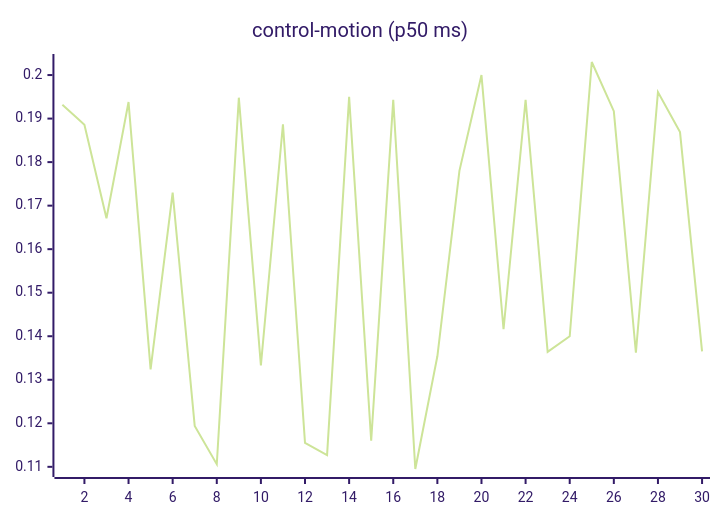
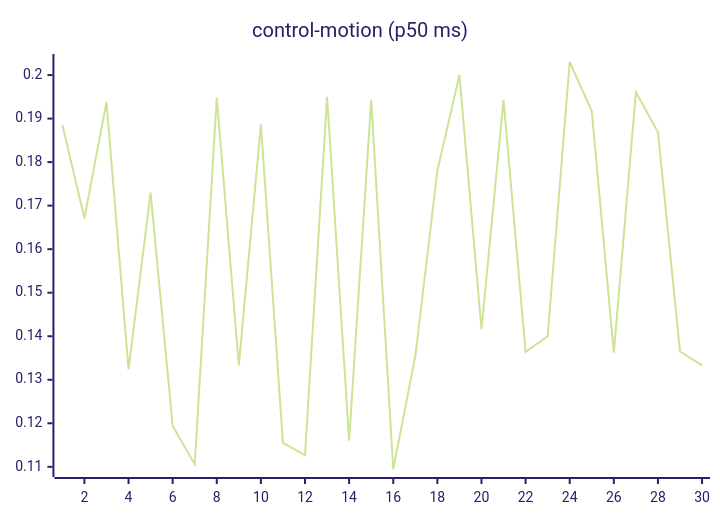
One commit to josha/Facet changed the seventh of 27 diagrams in README.md. Above: the diagram before and after it, drawn with Mermaid (forest theme). The commit also changed other lines of this file and 2 other files, not shown here.

````diff
--- a/README.md
+++ b/README.md
@@ -105,6 +105,6 @@
 ```mermaid
 xychart-beta
     title "control-motion (p50 ms)"
     x-axis 1 --> 30
-    line [0.1932, 0.1886, 0.1671, 0.1938, 0.1324, 0.1730, 0.1194, 0.1106, 0.1948, 0.1333, 0.1887, 0.1155, 0.1127, 0.1950, 0.1160, 0.1943, 0.1095, 0.1354, 0.1780, 0.2000, 0.1416, 0.1943, 0.1364, 0.1400, 0.2030, 0.1917, 0.1362, 0.1961, 0.1869, 0.1365]
+    line [0.1886, 0.1671, 0.1938, 0.1324, 0.1730, 0.1194, 0.1106, 0.1948, 0.1333, 0.1887, 0.1155, 0.1127, 0.1950, 0.1160, 0.1943, 0.1095, 0.1354, 0.1780, 0.2000, 0.1416, 0.1943, 0.1364, 0.1400, 0.2030, 0.1917, 0.1362, 0.1961, 0.1869, 0.1365, 0.1333]
 ```
````
